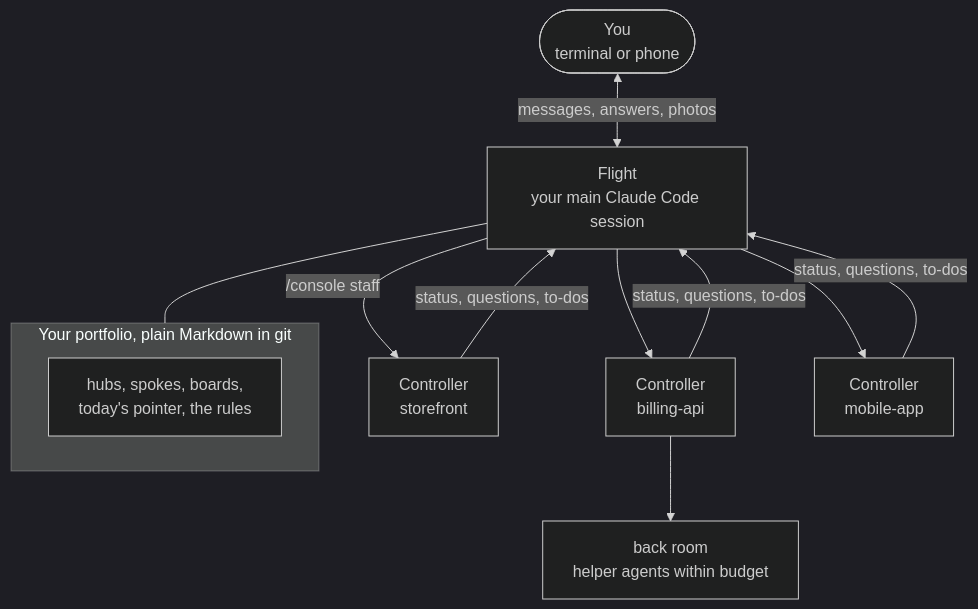
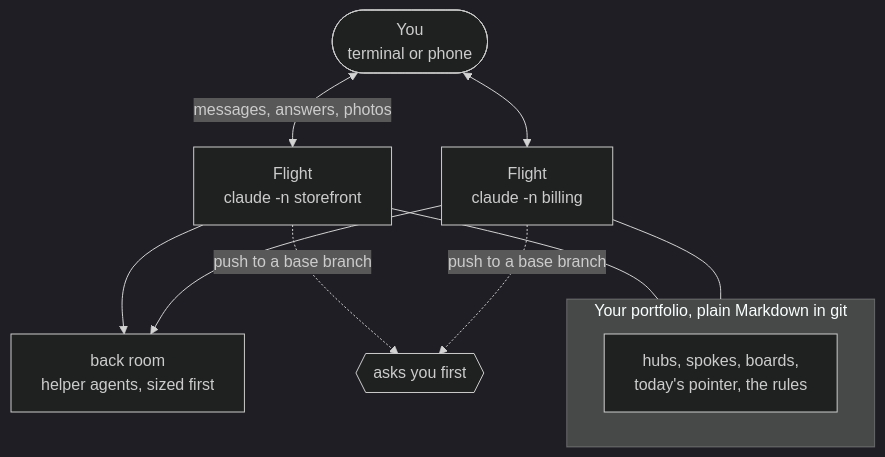
One commit to sultanassi95/mission-control changed the second of 2 diagrams in README.md. Above: the diagram before and after it, drawn with Mermaid (dark theme). The commit also changed other lines of this file and 23 other files, not shown here.

````diff
--- a/README.md
+++ b/README.md
@@ -99,13 +82,12 @@
 ```mermaid
 flowchart TB
-  YOU(["You<br/>terminal or phone"]) <-->|messages, answers, photos| FLIGHT["Flight<br/>your main Claude Code session"]
-  FLIGHT -->|"/console staff"| C1["Controller<br/>storefront"]
-  FLIGHT --> C2["Controller<br/>billing-api"]
-  FLIGHT --> C3["Controller<br/>mobile-app"]
-  C1 & C2 & C3 -->|status, questions, to-dos| FLIGHT
-  C2 --> BR["back room<br/>helper agents within budget"]
+  YOU(["You<br/>terminal or phone"]) <-->|messages, answers, photos| S1["Flight<br/>claude -n storefront"]
+  YOU <--> S2["Flight<br/>claude -n billing"]
+  S1 & S2 --> BR["back room<br/>helper agents, sized first"]
+  S1 & S2 -.->|"push to a base branch"| ASK{{"asks you first"}}
   subgraph PORTFOLIO["Your portfolio, plain Markdown in git"]
     HUB["hubs, spokes, boards,<br/>today's pointer, the rules"]
   end
-  FLIGHT --- PORTFOLIO
+  S1 --- PORTFOLIO
+  S2 --- PORTFOLIO
 ```
````
